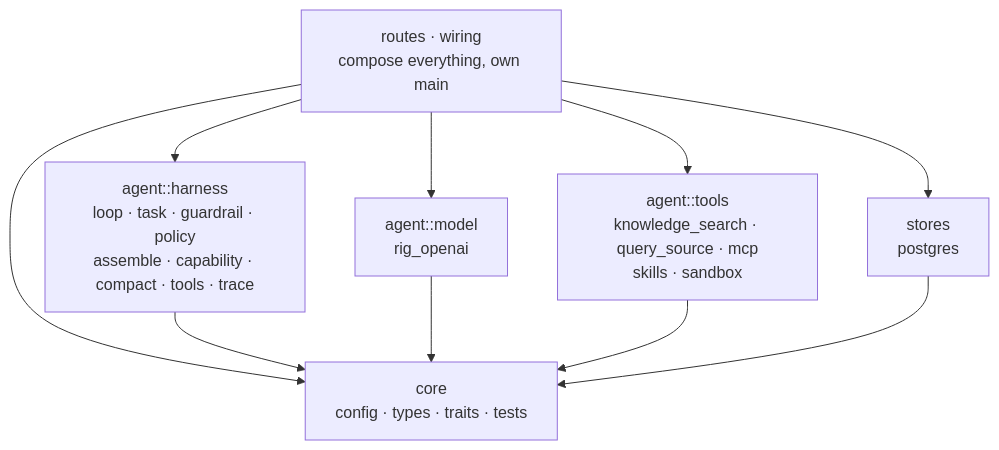
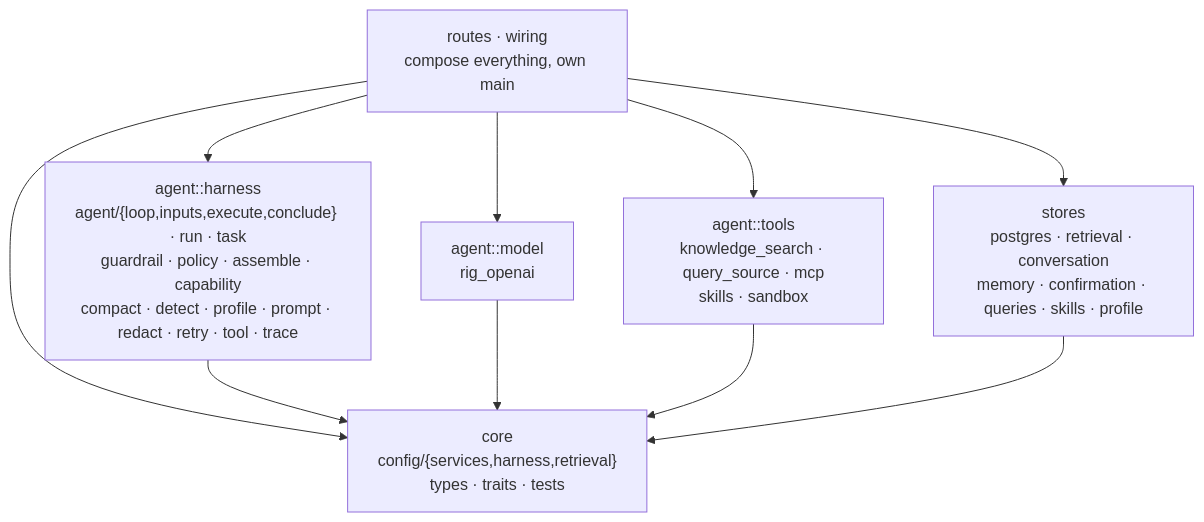
The second of 9 diagrams in docs/ARCHITECTURE.md (ashworks1706/SparkyAI), drawn with Mermaid before and after one commit. The commit also changed other lines of this file and 35 other files, not shown here.

````diff
--- a/docs/ARCHITECTURE.md
+++ b/docs/ARCHITECTURE.md
@@ -111,19 +111,19 @@
 ```mermaid
 flowchart TD
     ROUTES["routes · wiring<br/>compose everything, own main"]
-    HARNESS["agent::harness<br/>loop · task · guardrail · policy<br/>assemble · capability · compact · tools · trace"]
+    HARNESS["agent::harness<br/>agent/{loop,inputs,execute,conclude} · run · task<br/>guardrail · policy · assemble · capability<br/>compact · detect · profile · prompt · redact · retry · tool · trace"]
     MODEL["agent::model<br/>rig_openai"]
     TOOLS["agent::tools<br/>knowledge_search · query_source · mcp<br/>skills · sandbox"]
-    STORES["stores<br/>postgres"]
-    CORE["core<br/>config · types · traits · tests"]
+    STORES["stores<br/>postgres · retrieval · conversation<br/>memory · confirmation · queries · skills · profile"]
+    CORE["core<br/>config/{services,harness,retrieval}<br/>types · traits · tests"]
 
     ROUTES --> HARNESS
     ROUTES --> MODEL
     ROUTES --> TOOLS
     ROUTES --> STORES
     ROUTES --> CORE
     HARNESS --> CORE
     MODEL --> CORE
     TOOLS --> CORE
     STORES --> CORE
 ```
````
